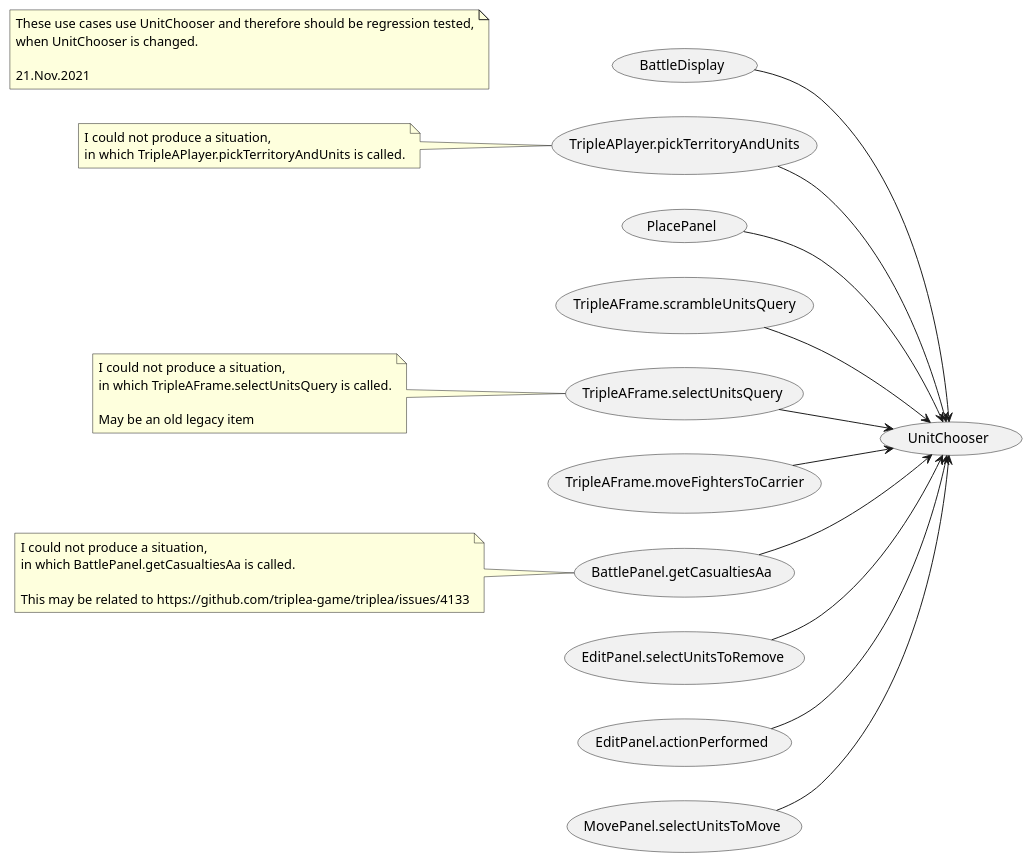
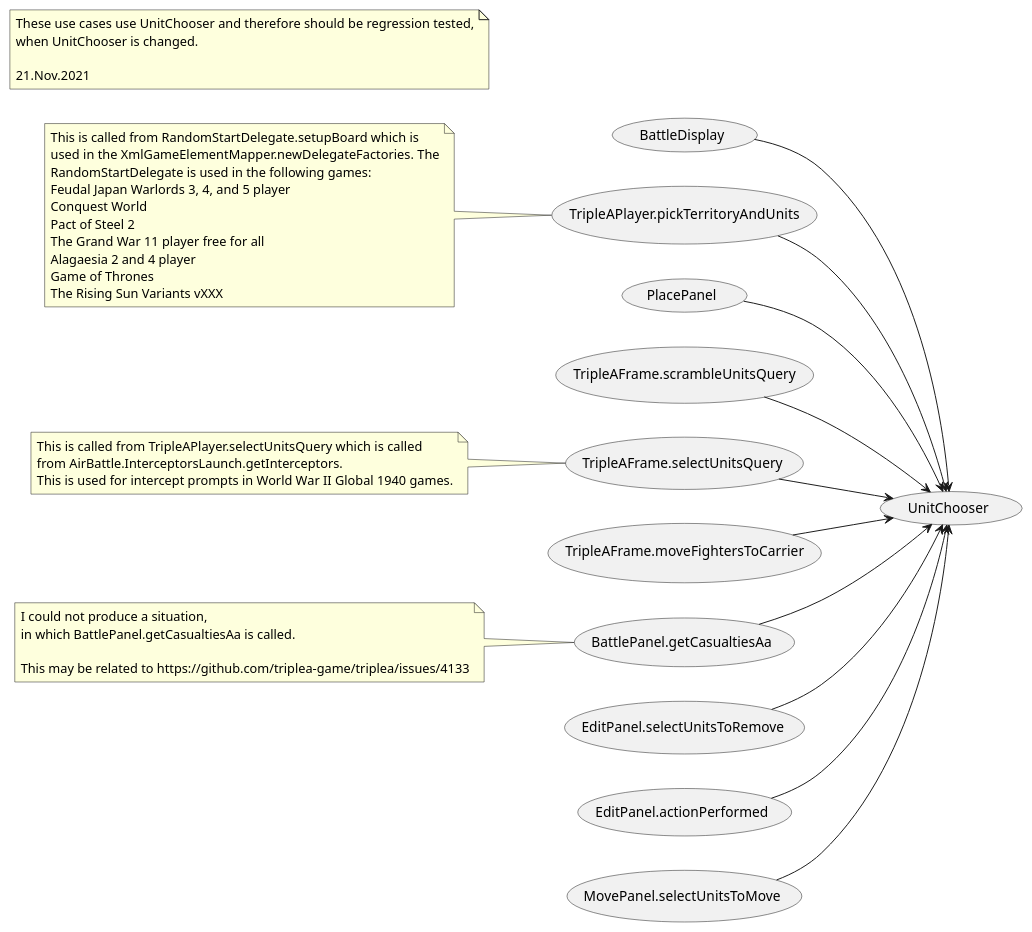
One commit to triplea-game/triplea changed the diagram in docs/development/background/design/ui/UnitChooser.puml. Above: the diagram before and after it, drawn with PlantUML.

Commit message:
Update notes in UnitChooser.puml
- Show where TripleAPlayer.pickTerritoryAndUnits is called
- Show where TripleAFrame.selectUnitsQuery is called

```diff
--- a/docs/development/background/design/ui/UnitChooser.puml
+++ b/docs/development/background/design/ui/UnitChooser.puml
@@ -1,52 +1,59 @@
 @startuml
 'To be displayed in a development environment, this PlantUML file may require a plugin,
 'e.g. https://plugins.jetbrains.com/plugin/7017-plantuml-integration
 'See https://plantuml.com/de/running
 
 'https://plantuml.com/use-case-diagram
 
 left to right direction
 skinparam packageStyle rect
 (UnitChooser)
 
 (BattleDisplay) --> (UnitChooser)
 (TripleAPlayer.pickTerritoryAndUnits) as (pickTerritoryAndUnits)
 (pickTerritoryAndUnits) --> (UnitChooser)
 note left of (pickTerritoryAndUnits)
-    I could not produce a situation,
-    in which TripleAPlayer.pickTerritoryAndUnits is called.
+    This is called from RandomStartDelegate.setupBoard which is
+    used in the XmlGameElementMapper.newDelegateFactories. The
+    RandomStartDelegate is used in the following games:
+    Feudal Japan Warlords 3, 4, and 5 player
+    Conquest World
+    Pact of Steel 2
+    The Grand War 11 player free for all
+    Alagaesia 2 and 4 player
+    Game of Thrones
+    The Rising Sun Variants vXXX
 end note
 
 (PlacePanel) --> (UnitChooser)
 
 (TripleAFrame.scrambleUnitsQuery)--> (UnitChooser)
 
 (TripleAFrame.selectUnitsQuery)--> (UnitChooser)
 note left of (TripleAFrame.selectUnitsQuery)
-    I could not produce a situation,
-    in which TripleAFrame.selectUnitsQuery is called.
-
-    May be an old legacy item
+    This is called from TripleAPlayer.selectUnitsQuery which is called
+    from AirBattle.InterceptorsLaunch.getInterceptors.
+    This is used for intercept prompts in World War II Global 1940 games.
 end note
 
 (TripleAFrame.moveFightersToCarrier)--> (UnitChooser)
 
 (BattlePanel.getCasualtiesAa)--> (UnitChooser)
 note left of (BattlePanel.getCasualtiesAa)
     I could not produce a situation,
     in which BattlePanel.getCasualtiesAa is called.
 
     This may be related to https://github.com/triplea-game/triplea/issues/4133
 end note
 
 (EditPanel.selectUnitsToRemove)--> (UnitChooser)
 (EditPanel.actionPerformed)--> (UnitChooser)
 (MovePanel.selectUnitsToMove)--> (UnitChooser)
 
 note as N1
     These use cases use UnitChooser and therefore should be regression tested,
     when UnitChooser is changed.
 
     21.Nov.2021
 end note
 @enduml
```
